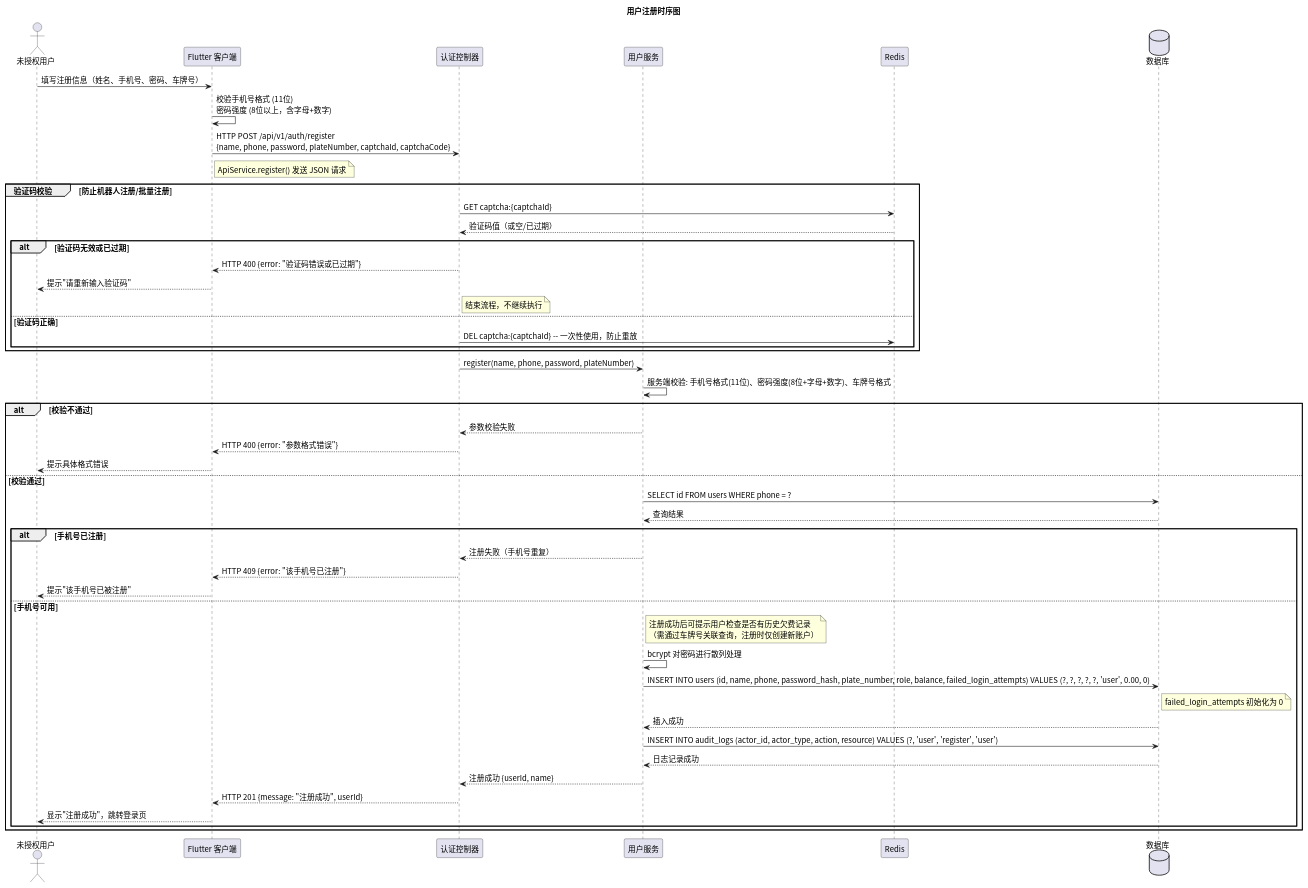
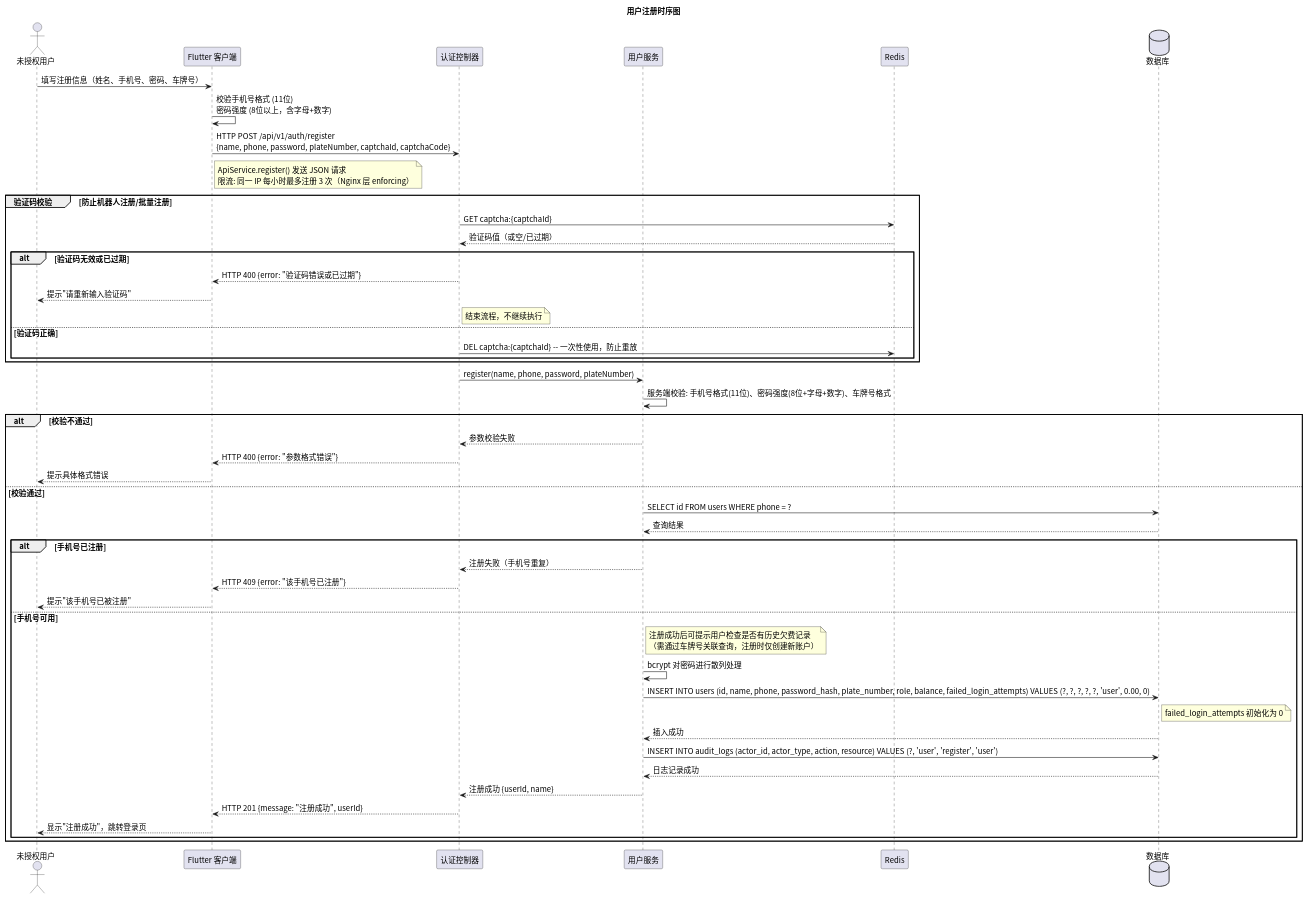
Before and after one commit to greenhandzdl/charging-station-doc: the diagram in time/src/sequence_register.puml, drawn with PlantUML. The commit also changed 10 other files, not shown here.

First line of the commit message:
fix: 架构与安全评估第三轮修复 — 权限补充、用例图修正、用户充电统计新增

```diff
--- a/time/src/sequence_register.puml
+++ b/time/src/sequence_register.puml
@@ -1,60 +1,60 @@
 @startuml
 skinparam defaultFontName "Noto Sans CJK SC"
 skinparam defaultFontSize 14
 title 用户注册时序图
 
 ' 所有 SQL 操作使用 PreparedStatement 参数绑定，禁止字符串拼接
 actor 未授权用户 as U
 participant "Flutter 客户端" as FE
 participant "认证控制器" as Ctrl
 participant "用户服务" as US
 participant "Redis" as Cache
 database 数据库 as DB
 
 U -> FE: 填写注册信息（姓名、手机号、密码、车牌号）
 FE -> FE: 校验手机号格式 (11位)\n密码强度 (8位以上，含字母+数字)
 FE -> Ctrl: HTTP POST /api/v1/auth/register\n{name, phone, password, plateNumber, captchaId, captchaCode}
-note right FE : ApiService.register() 发送 JSON 请求
+note right FE : ApiService.register() 发送 JSON 请求\n限流: 同一 IP 每小时最多注册 3 次（Nginx 层 enforcing）
 
 group 验证码校验 [防止机器人注册/批量注册]
   Ctrl -> Cache: GET captcha:{captchaId}
   Cache --> Ctrl: 验证码值（或空/已过期）
 
   alt 验证码无效或已过期
     Ctrl --> FE: HTTP 400 {error: "验证码错误或已过期"}
     FE --> U: 提示"请重新输入验证码"
     note right Ctrl : 结束流程，不继续执行
   else 验证码正确
     Ctrl -> Cache: DEL captcha:{captchaId} -- 一次性使用，防止重放
   end
 end
 
 Ctrl -> US: register(name, phone, password, plateNumber)
 US -> US: 服务端校验: 手机号格式(11位)、密码强度(8位+字母+数字)、车牌号格式
 
 alt 校验不通过
   US --> Ctrl: 参数校验失败
   Ctrl --> FE: HTTP 400 {error: "参数格式错误"}
   FE --> U: 提示具体格式错误
 else 校验通过
   US -> DB: SELECT id FROM users WHERE phone = ?
   DB --> US: 查询结果
 
   alt 手机号已注册
     US --> Ctrl: 注册失败（手机号重复）
     Ctrl --> FE: HTTP 409 {error: "该手机号已注册"}
     FE --> U: 提示"该手机号已被注册"
   else 手机号可用
     note right US : 注册成功后可提示用户检查是否有历史欠费记录\n（需通过车牌号关联查询，注册时仅创建新账户）
     US -> US: bcrypt 对密码进行散列处理
     US -> DB: INSERT INTO users (id, name, phone, password_hash, plate_number, role, balance, failed_login_attempts) VALUES (?, ?, ?, ?, ?, 'user', 0.00, 0)
     note right DB : failed_login_attempts 初始化为 0
     DB --> US: 插入成功
     US -> DB: INSERT INTO audit_logs (actor_id, actor_type, action, resource) VALUES (?, 'user', 'register', 'user')
     DB --> US: 日志记录成功
     US --> Ctrl: 注册成功 {userId, name}
     Ctrl --> FE: HTTP 201 {message: "注册成功", userId}
     FE --> U: 显示"注册成功"，跳转登录页
   end
 end
 @enduml
```
